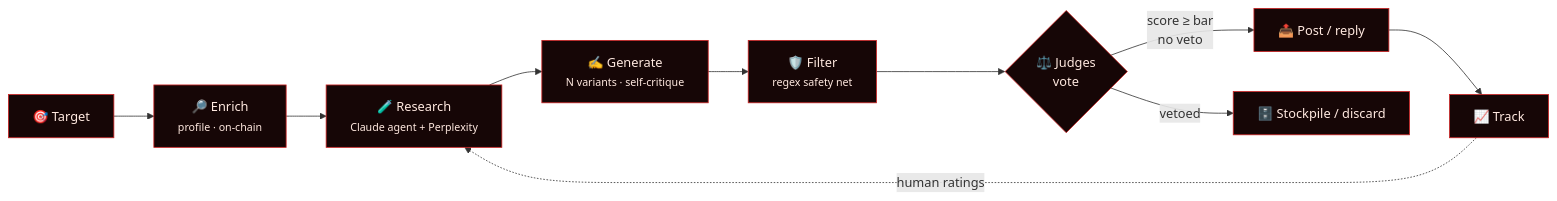
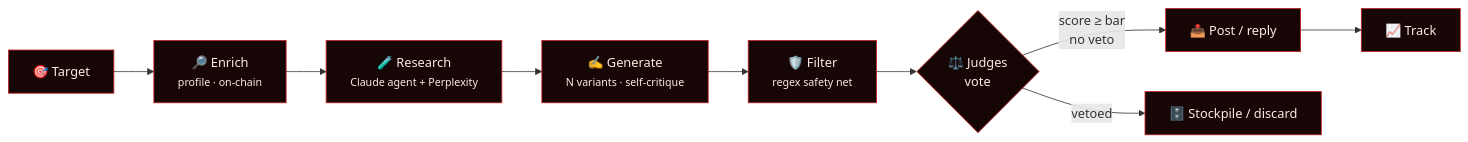
One commit to nikitacometa/twitter-agents changed the second of 3 diagrams in README.md. Above: the diagram before and after it, drawn with Mermaid. The commit also changed other lines of this file, not shown here.

````diff
--- a/README.md
+++ b/README.md
@@ -114,15 +113,14 @@
 ```mermaid
 flowchart LR
     T["🎯 Target"] --> E["🔎 Enrich<br/><small>profile · on-chain</small>"]
     E --> R["🧪 Research<br/><small>Claude agent + Perplexity</small>"]
     R --> G["✍️ Generate<br/><small>N variants · self-critique</small>"]
     G --> F["🛡️ Filter<br/><small>regex safety net</small>"]
     F --> J{"⚖️ Judges<br/>vote"}
     J -->|score ≥ bar<br/>no veto| P["📤 Post / reply"]
     J -->|vetoed| S["🗄️ Stockpile / discard"]
     P --> M["📈 Track"]
-    M -.->|human ratings| R
 
     classDef hot fill:#160606,stroke:#cc2222,color:#ffe9e0
     class T,E,R,G,F,J,P,S,M hot
 ```
````
